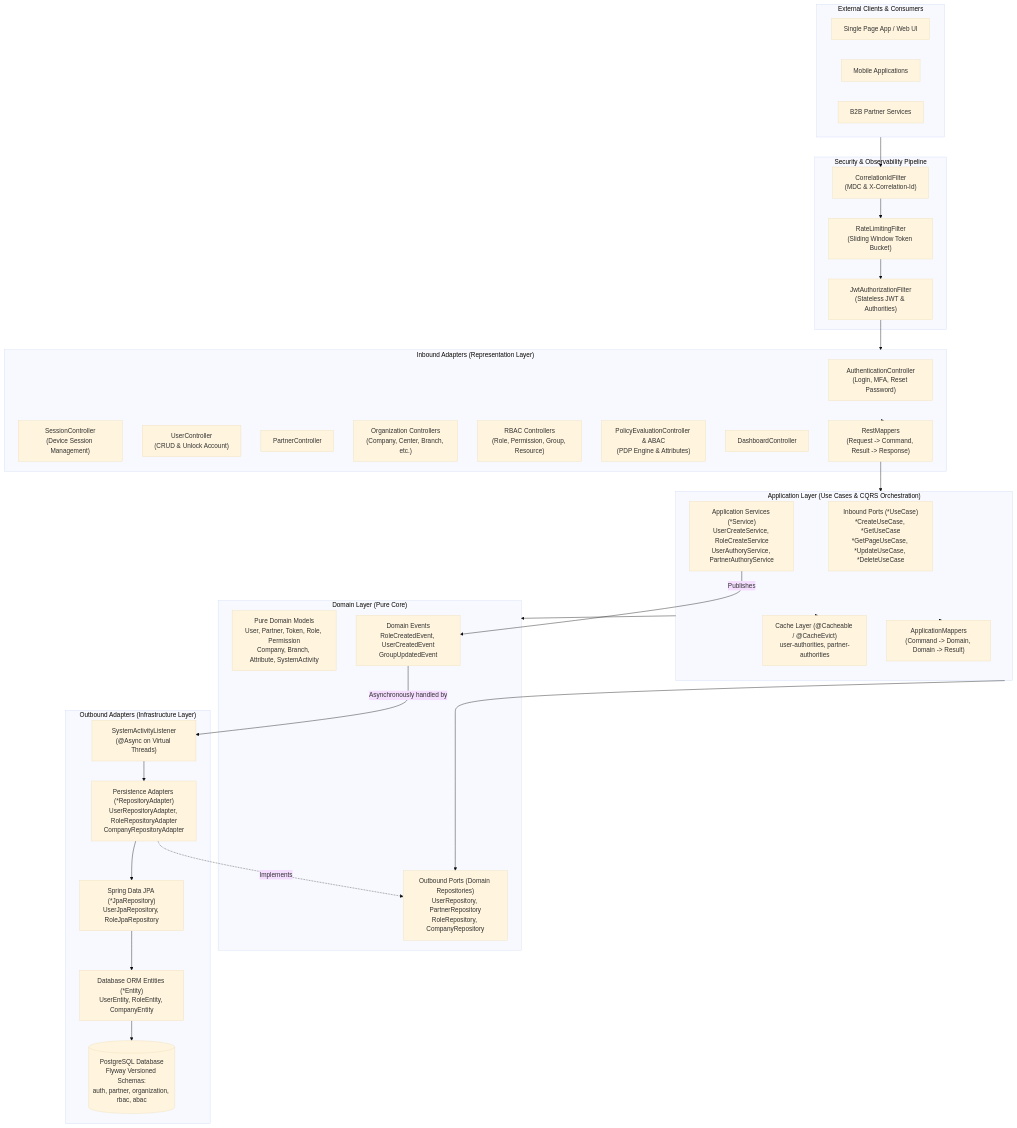
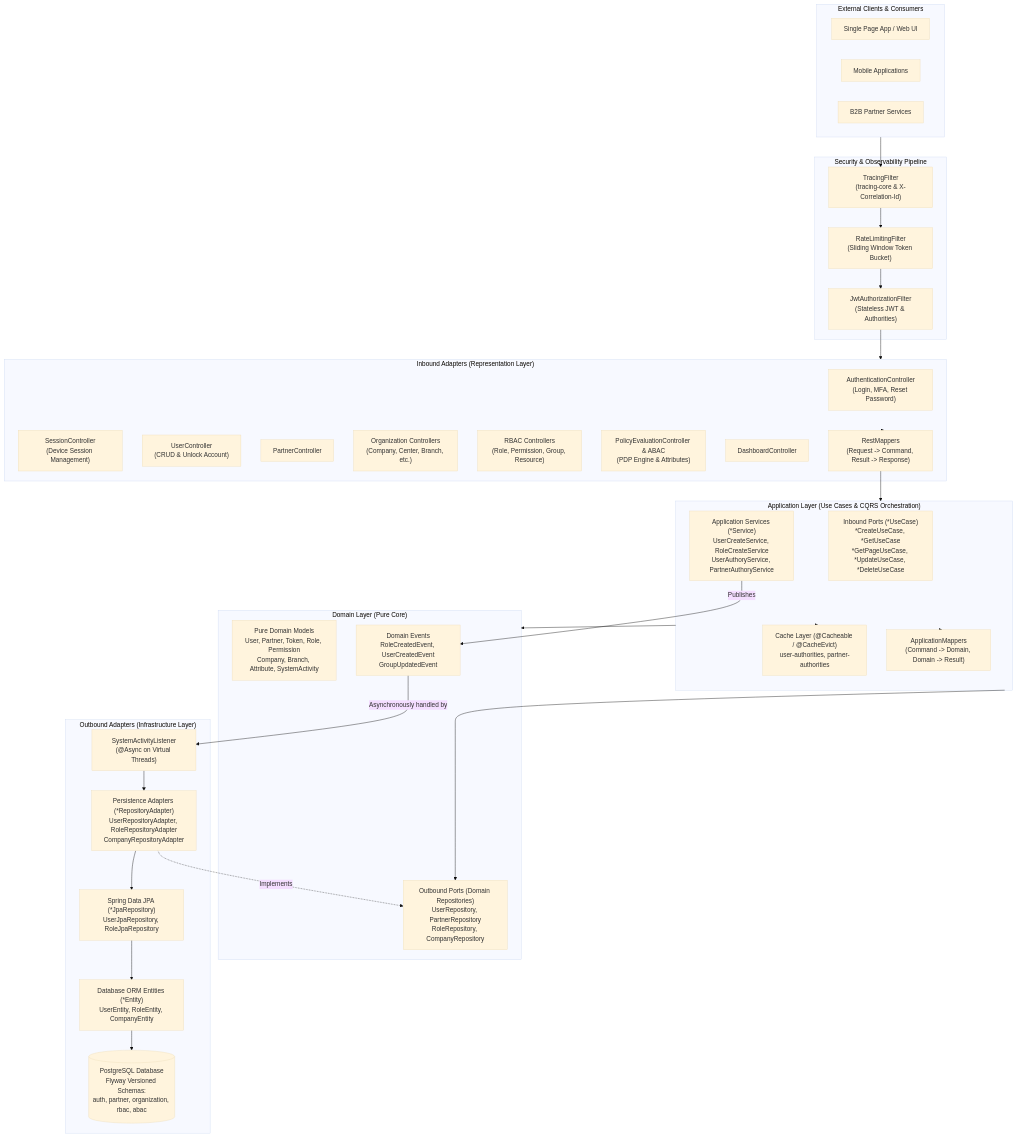
The diagram in docs/ARCHITECTURE.md (linhtn97/authory-service), drawn with Mermaid (base theme) before and after one commit. The commit also changed 8 other files, not shown here.

Commit message:
refactor: replace custom CorrelationIdFilter with platform tracing-core

````diff
--- a/docs/ARCHITECTURE.md
+++ b/docs/ARCHITECTURE.md
@@ -29,65 +29,65 @@
 ```mermaid
 graph TD
     subgraph External_Clients ["External Clients & Consumers"]
         SPA["Single Page App / Web UI"]
         MOBILE["Mobile Applications"]
         PARTNER_CLI["B2B Partner Services"]
     end
 
     subgraph Security_Filters ["Security & Observability Pipeline"]
-        CORR_FILTER["CorrelationIdFilter<br/>(MDC & X-Correlation-Id)"]
+        CORR_FILTER["TracingFilter<br/>(tracing-core & X-Correlation-Id)"]
         RATE_FILTER["RateLimitingFilter<br/>(Sliding Window Token Bucket)"]
         JWT_FILTER["JwtAuthorizationFilter<br/>(Stateless JWT & Authorities)"]
     end
 
     subgraph Representation_Layer ["Inbound Adapters (Representation Layer)"]
         REST_AUTH["AuthenticationController<br/>(Login, MFA, Reset Password)"]
         REST_SESSION["SessionController<br/>(Device Session Management)"]
         REST_USER["UserController<br/>(CRUD & Unlock Account)"]
         REST_PARTNER["PartnerController"]
         REST_ORG["Organization Controllers<br/>(Company, Center, Branch, etc.)"]
         REST_RBAC["RBAC Controllers<br/>(Role, Permission, Group, Resource)"]
         REST_ABAC["PolicyEvaluationController & ABAC<br/>(PDP Engine & Attributes)"]
         REST_DASH["DashboardController"]
         REST_MAPPERS["RestMappers<br/>(Request -> Command, Result -> Response)"]
     end
 
     subgraph Application_Layer ["Application Layer (Use Cases & CQRS Orchestration)"]
         USE_CASES["Inbound Ports (*UseCase)<br/>*CreateUseCase, *GetUseCase<br/>*GetPageUseCase, *UpdateUseCase, *DeleteUseCase"]
         SERVICES["Application Services (*Service)<br/>UserCreateService, RoleCreateService<br/>UserAuthoryService, PartnerAuthoryService"]
         CACHE["Cache Layer (@Cacheable / @CacheEvict)<br/>user-authorities, partner-authorities"]
         APP_MAPPERS["ApplicationMappers<br/>(Command -> Domain, Domain -> Result)"]
     end
 
     subgraph Domain_Layer ["Domain Layer (Pure Core)"]
         MODELS["Pure Domain Models<br/>User, Partner, Token, Role, Permission<br/>Company, Branch, Attribute, SystemActivity"]
         REPO_PORTS["Outbound Ports (Domain Repositories)<br/>UserRepository, PartnerRepository<br/>RoleRepository, CompanyRepository"]
         DOMAIN_EVENTS["Domain Events<br/>RoleCreatedEvent, UserCreatedEvent<br/>GroupUpdatedEvent"]
     end
 
     subgraph Infrastructure_Layer ["Outbound Adapters (Infrastructure Layer)"]
         PERSIST_ADAPTERS["Persistence Adapters (*RepositoryAdapter)<br/>UserRepositoryAdapter, RoleRepositoryAdapter<br/>CompanyRepositoryAdapter"]
         JPA_REPOS["Spring Data JPA (*JpaRepository)<br/>UserJpaRepository, RoleJpaRepository"]
         JPA_ENTITIES["Database ORM Entities (*Entity)<br/>UserEntity, RoleEntity, CompanyEntity"]
         ASYNC_LISTENER["SystemActivityListener<br/>(@Async on Virtual Threads)"]
         DB[(PostgreSQL Database<br/>Flyway Versioned Schemas:<br/>auth, partner, organization, rbac, abac)]
     end
 
     External_Clients --> CORR_FILTER
     CORR_FILTER --> RATE_FILTER
     RATE_FILTER --> JWT_FILTER
     JWT_FILTER --> Representation_Layer
     Representation_Layer --> REST_MAPPERS
     REST_MAPPERS --> Application_Layer
     Application_Layer --> CACHE
     Application_Layer --> APP_MAPPERS
     Application_Layer --> Domain_Layer
     Application_Layer --> REPO_PORTS
     PERSIST_ADAPTERS -.->|Implements| REPO_PORTS
     SERVICES -->|Publishes| DOMAIN_EVENTS
     DOMAIN_EVENTS -->|Asynchronously handled by| ASYNC_LISTENER
     ASYNC_LISTENER --> PERSIST_ADAPTERS
     PERSIST_ADAPTERS --> JPA_REPOS
     JPA_REPOS --> JPA_ENTITIES
     JPA_ENTITIES --> DB
 ```
````
